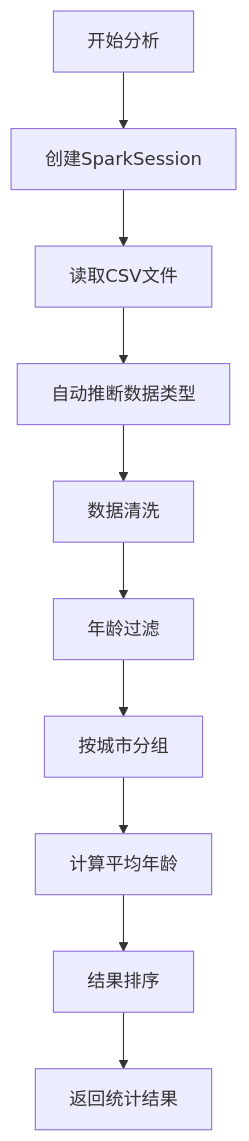
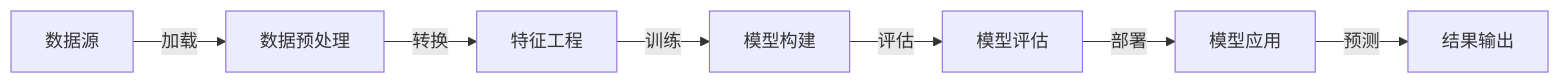
Before and after one commit to HangerLIN/spark-demo: the third of 11 diagrams in README.md, drawn with Mermaid. The commit also changed other lines of this file, not shown here.

Commit message:
更新README，添加详细API说明和流程图

````diff
--- a/README.md
+++ b/README.md
@@ -125,12 +63,9 @@
 ```mermaid
-graph TD
-    A[开始分析] --> B[创建SparkSession]
-    B --> C[读取CSV文件]
-    C --> D[自动推断数据类型]
-    D --> E[数据清洗]
-    E --> F[年龄过滤]
-    F --> G[按城市分组]
-    G --> H[计算平均年龄]
-    H --> I[结果排序]
-    I --> J[返回统计结果]
+graph LR
+    A[数据源] -->|加载| B[数据预处理]
+    B -->|转换| C[特征工程]
+    C -->|训练| D[模型构建]
+    D -->|评估| E[模型评估]
+    E -->|部署| F[模型应用]
+    F -->|预测| G[结果输出]
 ```
````
